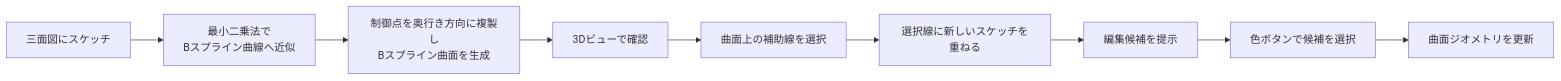
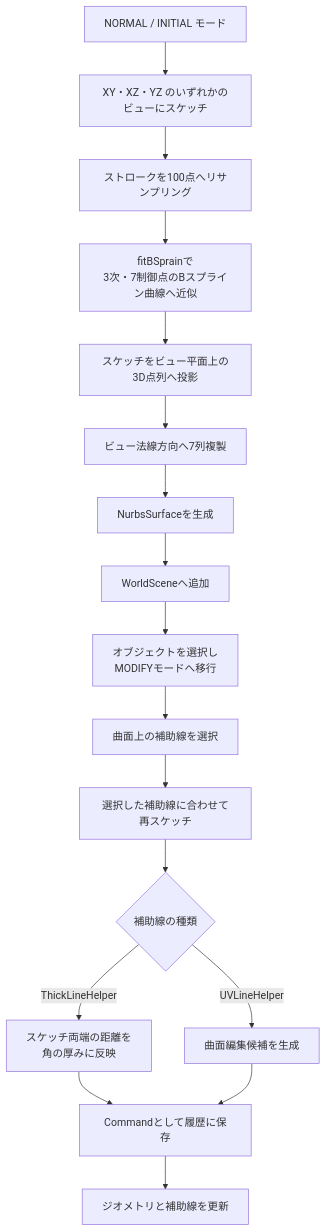
The first of 4 diagrams in README.md (hmwri/shelly), drawn with Mermaid before and after one commit. The commit also changed other lines of this file, not shown here.

Commit message:
Correct Shelly README diagrams

````diff
--- a/README.md
+++ b/README.md
@@ -32,11 +32,19 @@
 ```mermaid
-flowchart LR
-  sketch[三面図にスケッチ] --> fit[最小二乗法で<br/>Bスプライン曲線へ近似]
-  fit --> surface[制御点を奥行き方向に複製し<br/>Bスプライン曲面を生成]
-  surface --> view[3Dビューで確認]
-  view --> select[曲面上の補助線を選択]
-  select --> edit[選択線に新しいスケッチを重ねる]
-  edit --> suggest[編集候補を提示]
-  suggest --> choose[色ボタンで候補を選択]
-  choose --> update[曲面ジオメトリを更新]
+flowchart TD
+  normal[NORMAL / INITIAL モード] --> draw[XY・XZ・YZ のいずれかのビューにスケッチ]
+  draw --> resample[ストロークを100点へリサンプリング]
+  resample --> fit[fitBSprainで<br/>3次・7制御点のBスプライン曲線へ近似]
+  fit --> project[スケッチをビュー平面上の3D点列へ投影]
+  project --> duplicate[ビュー法線方向へ7列複製]
+  duplicate --> surface[NurbsSurfaceを生成]
+  surface --> add[WorldSceneへ追加]
+  add --> editing[オブジェクトを選択し<br/>MODIFYモードへ移行]
+  editing --> helper[曲面上の補助線を選択]
+  helper --> redraw[選択した補助線に合わせて再スケッチ]
+  redraw --> branch{補助線の種類}
+  branch -->|ThickLineHelper| thickness[スケッチ両端の距離を<br/>角の厚みに反映]
+  branch -->|UVLineHelper| suggest[曲面編集候補を生成]
+  thickness --> history[Commandとして履歴に保存]
+  suggest --> history
+  history --> update[ジオメトリと補助線を更新]
 ```
````
